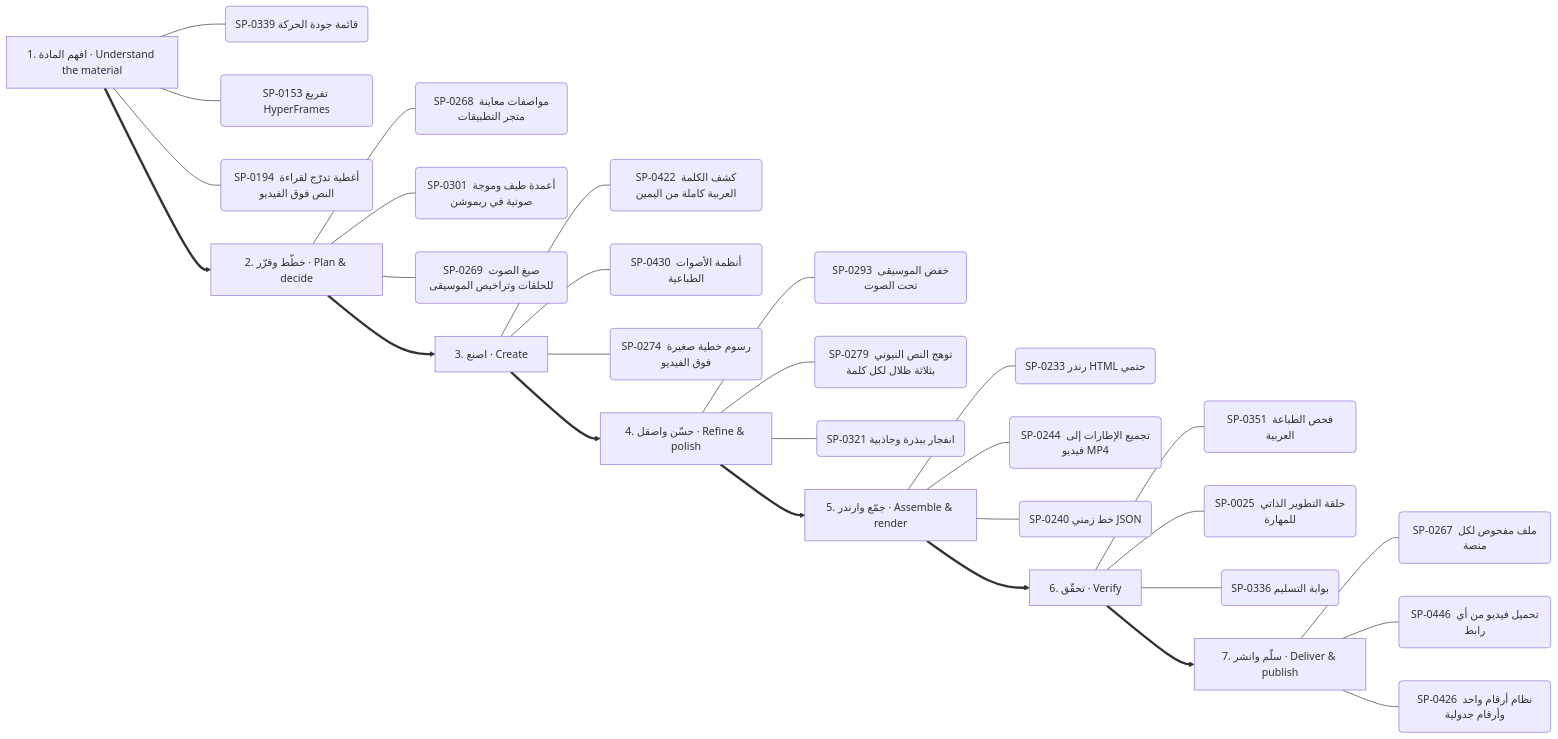
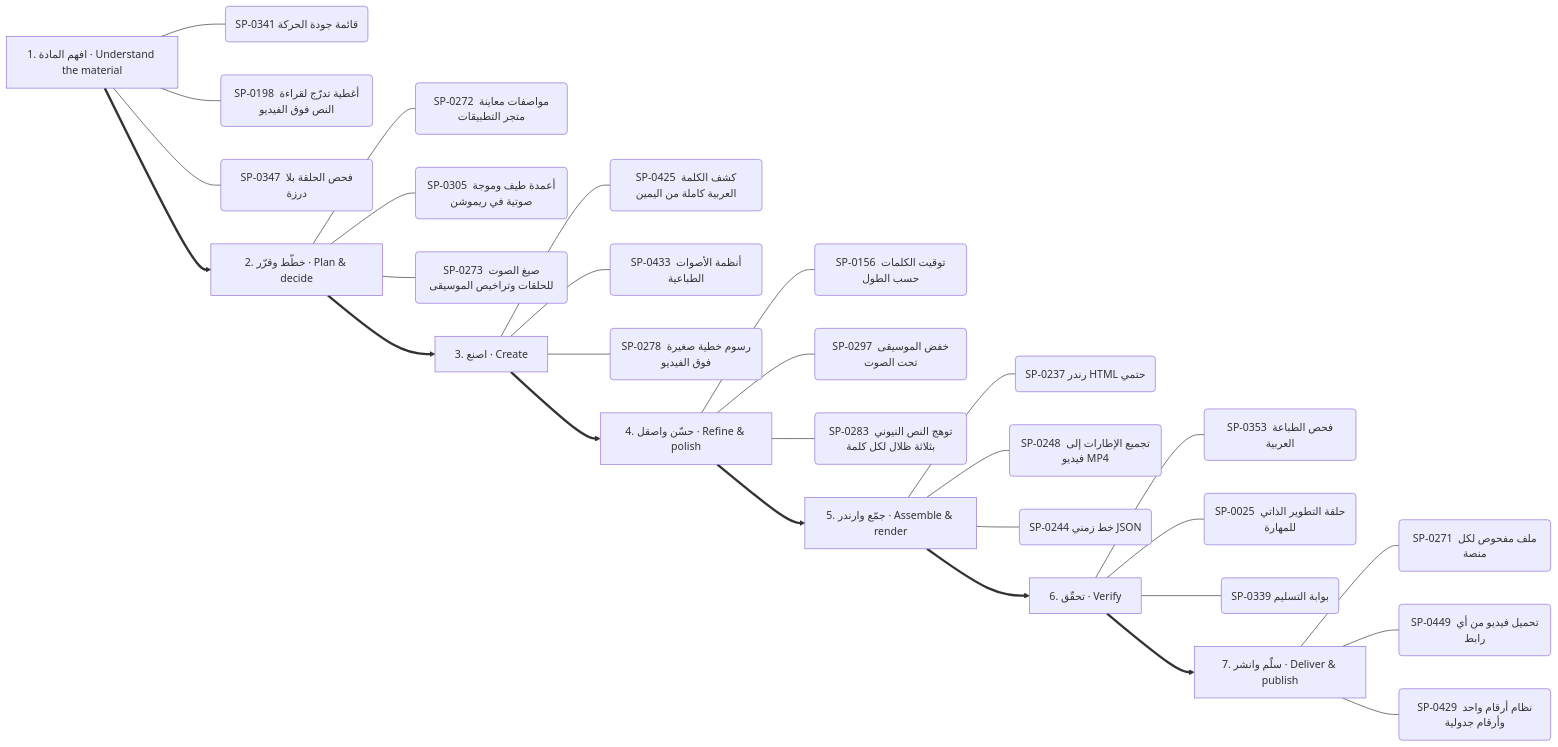
One commit to kosif199022-jpg/kosif-tool changed the second of 13 diagrams in .claude/skills/kosif-superpowers/references/capability-mindmap.md. Above: the diagram before and after it, drawn with Mermaid. The commit also changed other lines of this file and 61 other files, not shown here.

````diff
--- a/.claude/skills/kosif-superpowers/references/capability-mindmap.md
+++ b/.claude/skills/kosif-superpowers/references/capability-mindmap.md
@@ -126,37 +127,37 @@
 ```mermaid
 flowchart LR
   S0["1. افهم المادة · Understand the material"]
-  S0 --- S0_0("SP-0339 قائمة جودة الحركة")
-  S0 --- S0_1("SP-0153 تفريغ HyperFrames")
-  S0 --- S0_2("SP-0194 أغطية تدرّج لقراءة النص فوق الفيديو")
+  S0 --- S0_0("SP-0341 قائمة جودة الحركة")
+  S0 --- S0_1("SP-0198 أغطية تدرّج لقراءة النص فوق الفيديو")
+  S0 --- S0_2("SP-0347 فحص الحلقة بلا درزة")
   S1["2. خطّط وقرّر · Plan & decide"]
-  S1 --- S1_0("SP-0268 مواصفات معاينة متجر التطبيقات")
-  S1 --- S1_1("SP-0301 أعمدة طيف وموجة صوتية في ريموشن")
-  S1 --- S1_2("SP-0269 صيغ الصوت للحلقات وتراخيص الموسيقى")
+  S1 --- S1_0("SP-0272 مواصفات معاينة متجر التطبيقات")
+  S1 --- S1_1("SP-0305 أعمدة طيف وموجة صوتية في ريموشن")
+  S1 --- S1_2("SP-0273 صيغ الصوت للحلقات وتراخيص الموسيقى")
   S0 ==> S1
   S2["3. اصنع · Create"]
-  S2 --- S2_0("SP-0422 كشف الكلمة العربية كاملة من اليمين")
-  S2 --- S2_1("SP-0430 أنظمة الأصوات الطباعية")
-  S2 --- S2_2("SP-0274 رسوم خطية صغيرة فوق الفيديو")
+  S2 --- S2_0("SP-0425 كشف الكلمة العربية كاملة من اليمين")
+  S2 --- S2_1("SP-0433 أنظمة الأصوات الطباعية")
+  S2 --- S2_2("SP-0278 رسوم خطية صغيرة فوق الفيديو")
   S1 ==> S2
   S3["4. حسّن واصقل · Refine & polish"]
-  S3 --- S3_0("SP-0293 خفض الموسيقى تحت الصوت")
-  S3 --- S3_1("SP-0279 توهج النص النيوني بثلاثة ظلال لكل كلمة")
-  S3 --- S3_2("SP-0321 انفجار ببذرة وجاذبية")
+  S3 --- S3_0("SP-0156 توقيت الكلمات حسب الطول")
+  S3 --- S3_1("SP-0297 خفض الموسيقى تحت الصوت")
+  S3 --- S3_2("SP-0283 توهج النص النيوني بثلاثة ظلال لكل كلمة")
   S2 ==> S3
   S4["5. جمّع وارندر · Assemble & render"]
-  S4 --- S4_0("SP-0233 رندر HTML حتمي")
-  S4 --- S4_1("SP-0244 تجميع الإطارات إلى فيديو MP4")
-  S4 --- S4_2("SP-0240 خط زمني JSON")
+  S4 --- S4_0("SP-0237 رندر HTML حتمي")
+  S4 --- S4_1("SP-0248 تجميع الإطارات إلى فيديو MP4")
+  S4 --- S4_2("SP-0244 خط زمني JSON")
   S3 ==> S4
   S5["6. تحقّق · Verify"]
-  S5 --- S5_0("SP-0351 فحص الطباعة العربية")
+  S5 --- S5_0("SP-0353 فحص الطباعة العربية")
   S5 --- S5_1("SP-0025 حلقة التطوير الذاتي للمهارة")
-  S5 --- S5_2("SP-0336 بوابة التسليم")
+  S5 --- S5_2("SP-0339 بوابة التسليم")
   S4 ==> S5
   S6["7. سلّم وانشر · Deliver & publish"]
-  S6 --- S6_0("SP-0267 ملف مفحوص لكل منصة")
-  S6 --- S6_1("SP-0446 تحميل فيديو من أي رابط")
-  S6 --- S6_2("SP-0426 نظام أرقام واحد وأرقام جدولية")
+  S6 --- S6_0("SP-0271 ملف مفحوص لكل منصة")
+  S6 --- S6_1("SP-0449 تحميل فيديو من أي رابط")
+  S6 --- S6_2("SP-0429 نظام أرقام واحد وأرقام جدولية")
   S5 ==> S6
 ```
````
